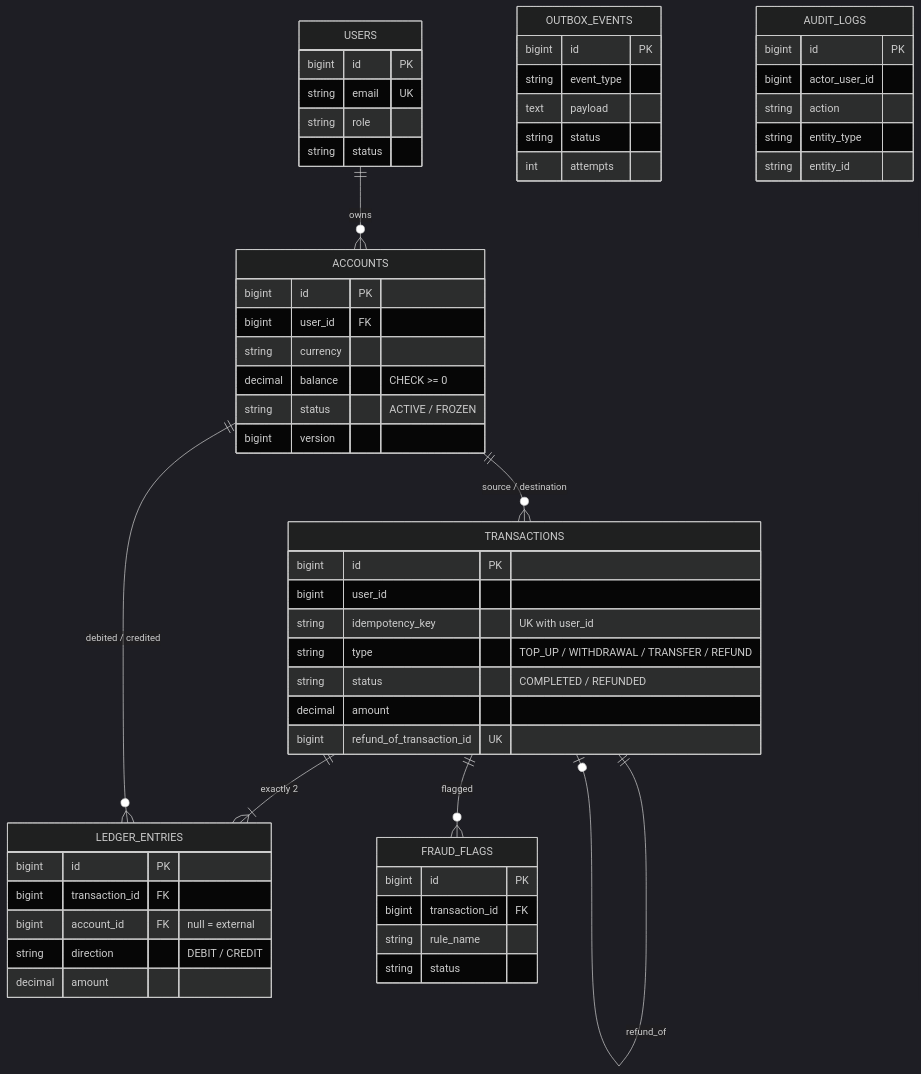
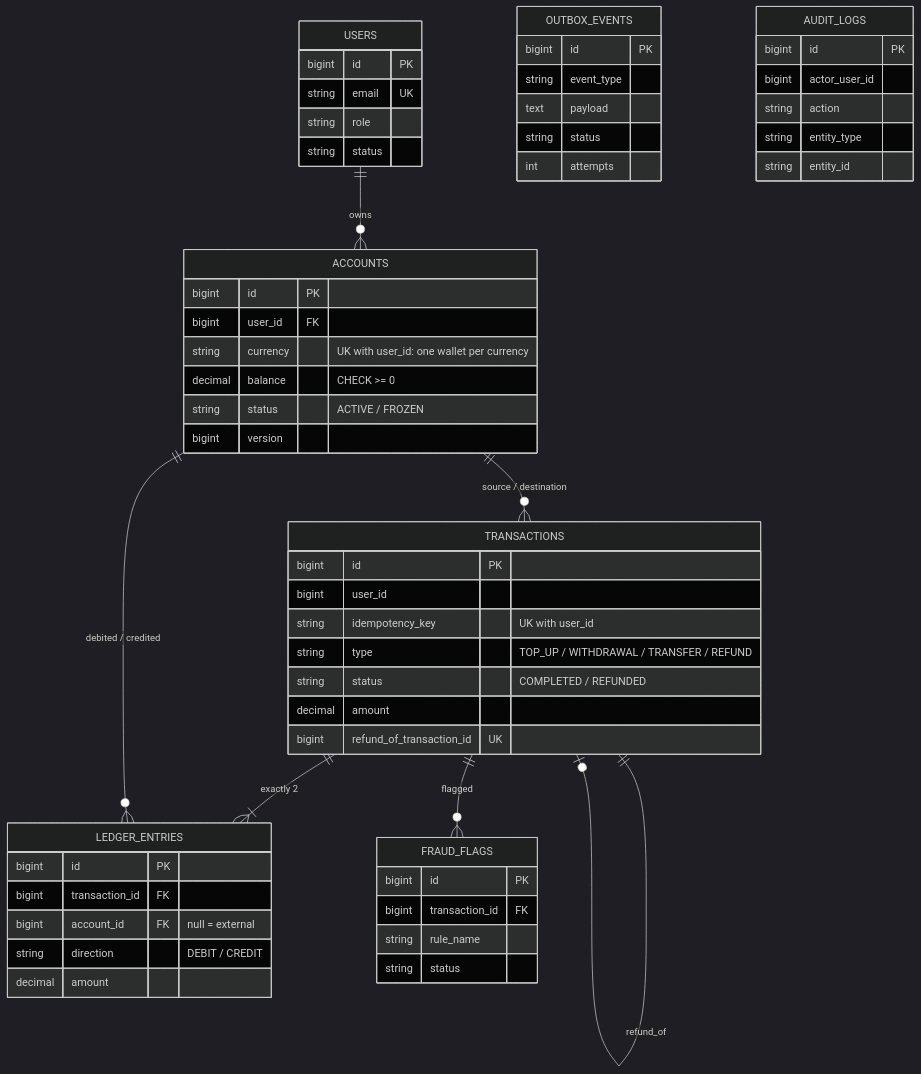
Before and after one commit to AnanyaSingh0111/payledger: the third of 3 diagrams in README.md, drawn with Mermaid (dark theme). The commit also changed other lines of this file and 14 other files, not shown here.

Commit message:
feat: one wallet per user per currency (V2 migration)

````diff
--- a/README.md
+++ b/README.md
@@ -100,46 +101,46 @@
 ```mermaid
 erDiagram
     USERS ||--o{ ACCOUNTS : owns
     ACCOUNTS ||--o{ TRANSACTIONS : "source / destination"
     TRANSACTIONS ||--|{ LEDGER_ENTRIES : "exactly 2"
     ACCOUNTS ||--o{ LEDGER_ENTRIES : "debited / credited"
     TRANSACTIONS ||--o| TRANSACTIONS : "refund_of"
     TRANSACTIONS ||--o{ FRAUD_FLAGS : flagged
 
     USERS { bigint id PK
         string email UK
         string role
         string status }
     ACCOUNTS { bigint id PK
         bigint user_id FK
-        string currency
+        string currency "UK with user_id: one wallet per currency"
         decimal balance "CHECK >= 0"
         string status "ACTIVE / FROZEN"
         bigint version }
     TRANSACTIONS { bigint id PK
         bigint user_id
         string idempotency_key "UK with user_id"
         string type "TOP_UP / WITHDRAWAL / TRANSFER / REFUND"
         string status "COMPLETED / REFUNDED"
         decimal amount
         bigint refund_of_transaction_id UK }
     LEDGER_ENTRIES { bigint id PK
         bigint transaction_id FK
         bigint account_id FK "null = external"
         string direction "DEBIT / CREDIT"
         decimal amount }
     FRAUD_FLAGS { bigint id PK
         bigint transaction_id FK
         string rule_name
         string status }
     OUTBOX_EVENTS { bigint id PK
         string event_type
         text payload
         string status
         int attempts }
     AUDIT_LOGS { bigint id PK
         bigint actor_user_id
         string action
         string entity_type
         string entity_id }
 ```
````
